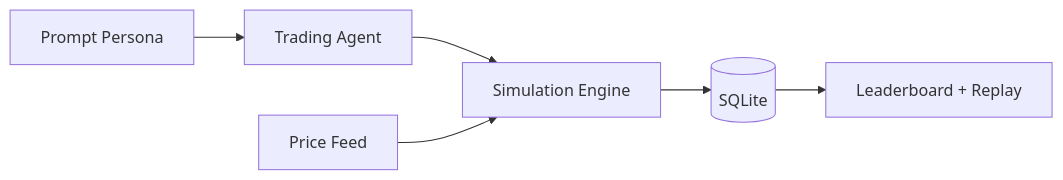
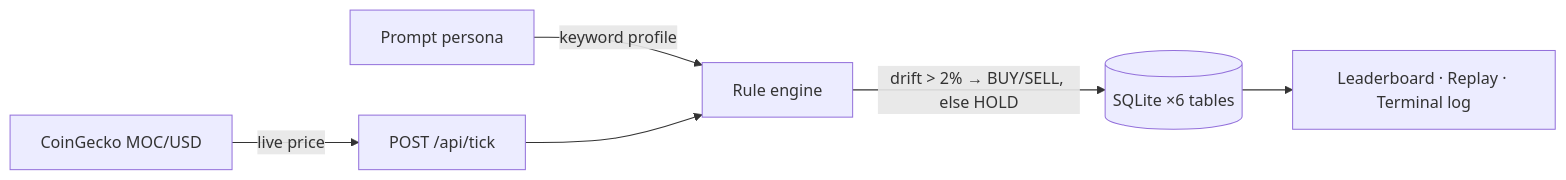
The diagram in README.md (MosslandOpenDevs/mossland-promptfolio), drawn with Mermaid before and after one commit. The commit also changed other lines of this file and 5 other files, not shown here.

````diff
--- a/README.md
+++ b/README.md
@@ -46,8 +52,8 @@
 ```mermaid
 flowchart LR
-  Persona[Prompt Persona] --> Agent[Trading Agent]
-  Agent --> Sim[Simulation Engine]
-  Market[Price Feed] --> Sim
-  Sim --> Store[(SQLite)]
-  Store --> UI[Leaderboard + Replay]
+  Persona[Prompt persona] -->|keyword profile| Engine[Rule engine]
+  CG[CoinGecko MOC/USD] -->|live price| Tick[POST /api/tick]
+  Tick --> Engine
+  Engine -->|"drift > 2% → BUY/SELL, else HOLD"| Store[(SQLite ×6 tables)]
+  Store --> UI[Leaderboard · Replay · Terminal log]
 ```
````
